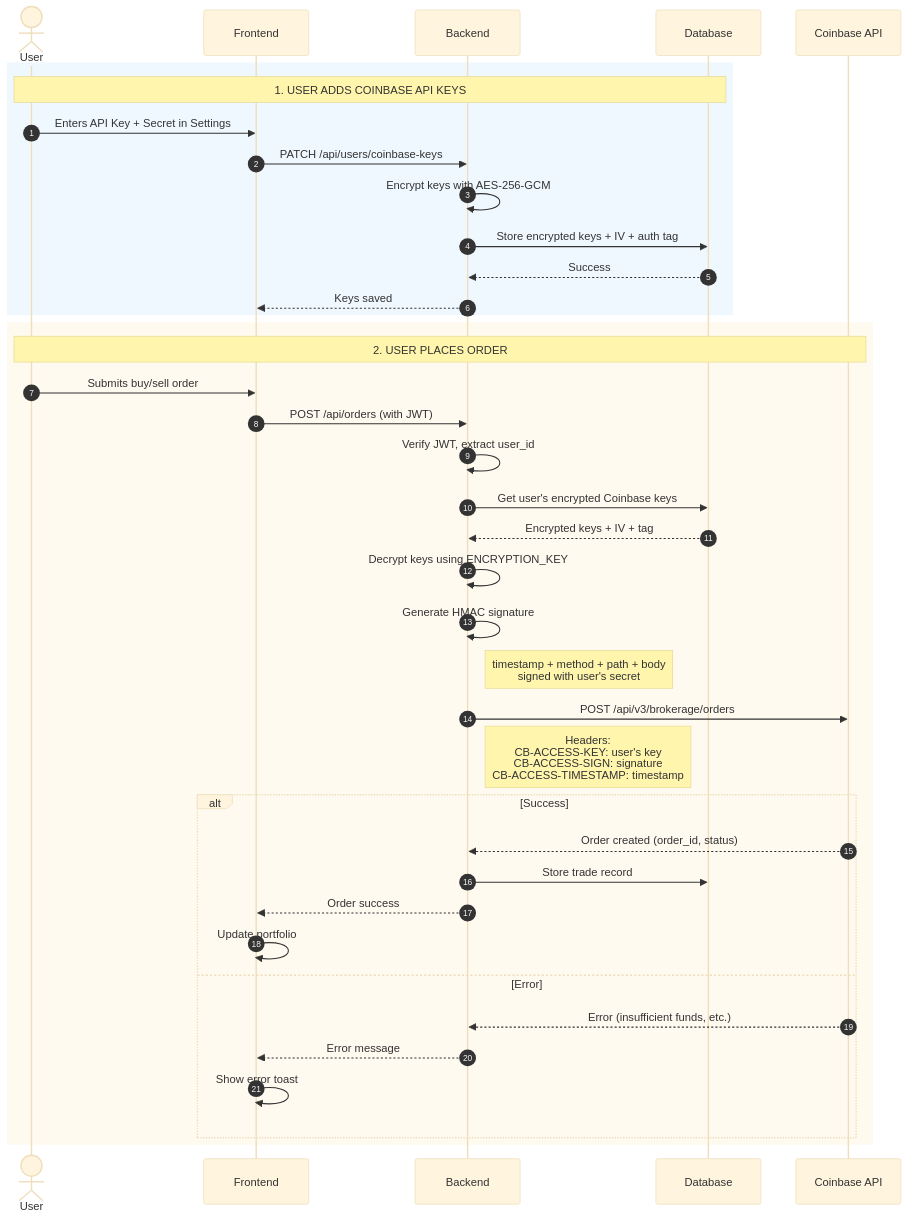
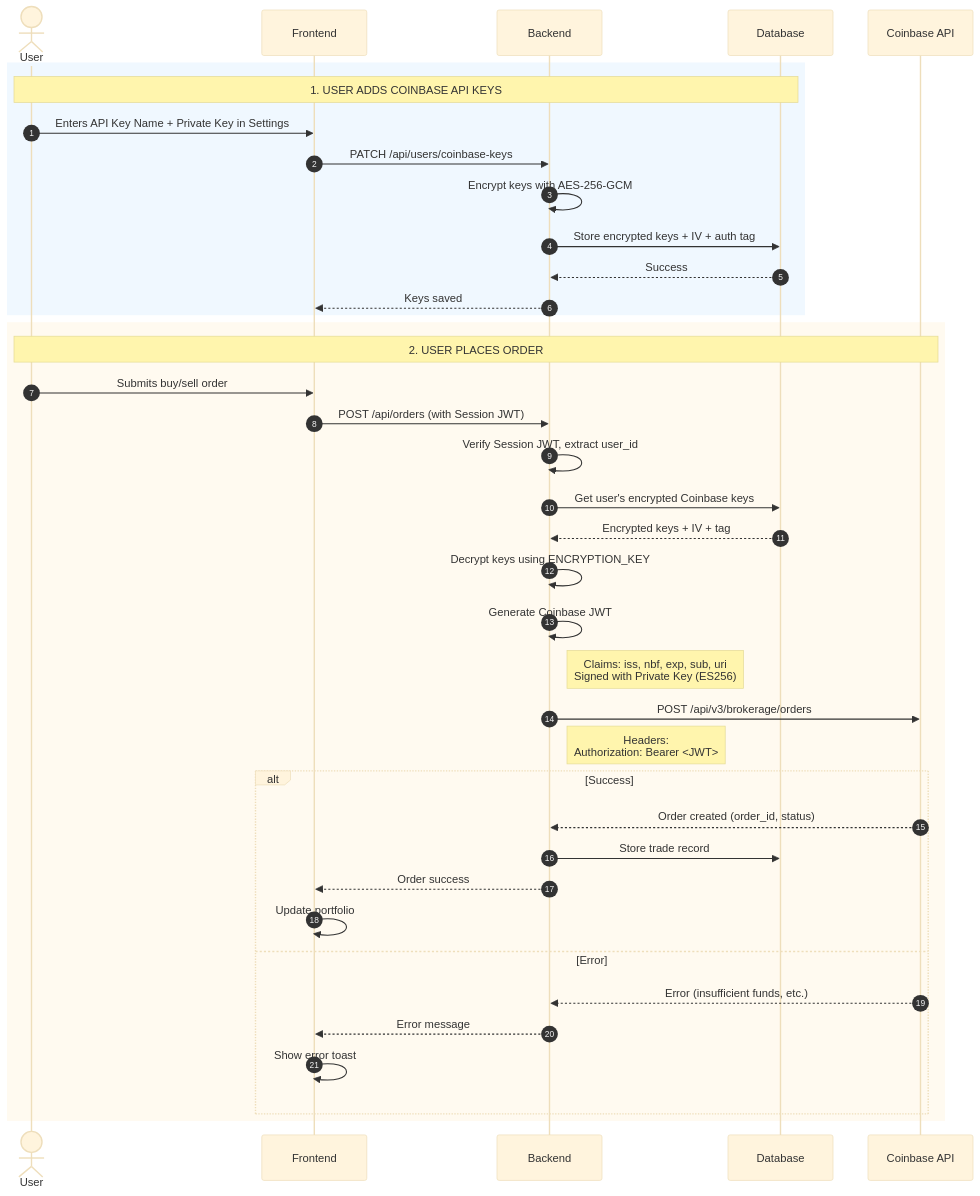
The first of 2 diagrams in backend/src/services/CoinbaseIntegration.md (raviosovrann/Spectra), drawn with Mermaid (base theme) before and after one commit. The commit also changed other lines of this file and 14 other files, not shown here.

````diff
--- a/backend/src/services/CoinbaseIntegration.md
+++ b/backend/src/services/CoinbaseIntegration.md
@@ -11,48 +12,48 @@
 ```mermaid
 sequenceDiagram
     autonumber
     actor User
     participant Frontend
     participant Backend
     participant DB as Database
     participant Coinbase as Coinbase API
 
     %% User adds API keys
     rect rgb(240, 248, 255)
     Note over User, DB: 1. USER ADDS COINBASE API KEYS
-    User->>Frontend: Enters API Key + Secret in Settings
+    User->>Frontend: Enters API Key Name + Private Key in Settings
     Frontend->>Backend: PATCH /api/users/coinbase-keys
     Backend->>Backend: Encrypt keys with AES-256-GCM
     Backend->>DB: Store encrypted keys + IV + auth tag
     DB-->>Backend: Success
     Backend-->>Frontend: Keys saved
     end
 
     %% User places order
     rect rgb(255, 250, 240)
     Note over User, Coinbase: 2. USER PLACES ORDER
     User->>Frontend: Submits buy/sell order
-    Frontend->>Backend: POST /api/orders (with JWT)
-    Backend->>Backend: Verify JWT, extract user_id
+    Frontend->>Backend: POST /api/orders (with Session JWT)
+    Backend->>Backend: Verify Session JWT, extract user_id
     Backend->>DB: Get user's encrypted Coinbase keys
     DB-->>Backend: Encrypted keys + IV + tag
     Backend->>Backend: Decrypt keys using ENCRYPTION_KEY
     
-    Backend->>Backend: Generate HMAC signature
-    Note right of Backend: timestamp + method + path + body<br/>signed with user's secret
+    Backend->>Backend: Generate Coinbase JWT
+    Note right of Backend: Claims: iss, nbf, exp, sub, uri<br/>Signed with Private Key (ES256)
     
     Backend->>Coinbase: POST /api/v3/brokerage/orders
-    Note right of Backend: Headers:<br/>CB-ACCESS-KEY: user's key<br/>CB-ACCESS-SIGN: signature<br/>CB-ACCESS-TIMESTAMP: timestamp
+    Note right of Backend: Headers:<br/>Authorization: Bearer <JWT>
     
     alt Success
         Coinbase-->>Backend: Order created (order_id, status)
         Backend->>DB: Store trade record
         Backend-->>Frontend: Order success
         Frontend->>Frontend: Update portfolio
     else Error
         Coinbase-->>Backend: Error (insufficient funds, etc.)
         Backend-->>Frontend: Error message
         Frontend->>Frontend: Show error toast
     end
     end
 ```
````
